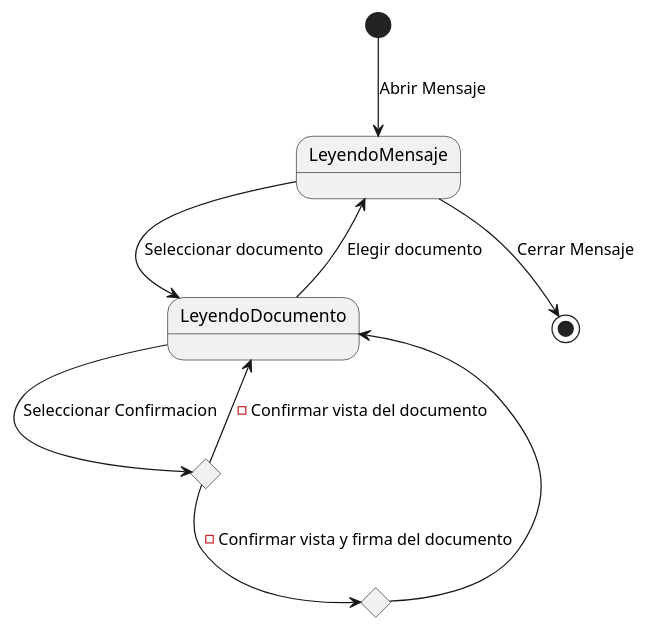
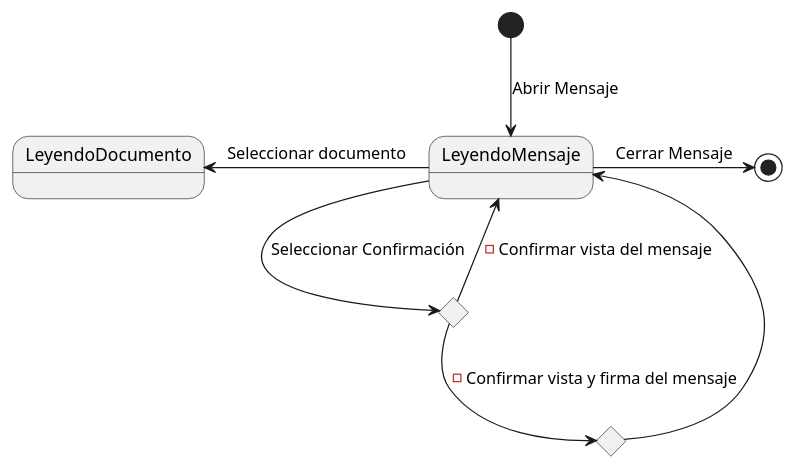
One commit to mmasias/24-25-IdSw1-SDR changed the diagram in docs/modeloDeDominio/diagramaDeEstados/PrimeraIteracion/diagramaDeEstadosReceptorIteracion1.puml. Above: the diagram before and after it, drawn with PlantUML. The commit also changed 6 other files, not shown here.

Commit message:
Actualizar diagramas de estados: corregir transiciones y agregar nuevo estado de envío

```diff
--- a/docs/modeloDeDominio/diagramaDeEstados/PrimeraIteracion/diagramaDeEstadosReceptorIteracion1.puml
+++ b/docs/modeloDeDominio/diagramaDeEstados/PrimeraIteracion/diagramaDeEstadosReceptorIteracion1.puml
@@ -1,20 +1,18 @@
 @startuml diagramaDeEstados
 
 [*] --> LeyendoMensaje: Abrir Mensaje
 
-LeyendoMensaje --> LeyendoDocumento: Seleccionar documento
+LeyendoMensaje -l-> LeyendoDocumento: Seleccionar documento
 
 
-state confirmandoDocumento <<choice>> 
-state firmandoDocumento <<choice>> 
-confirmandoDocumento --> LeyendoDocumento: - Confirmar vista del documento
-confirmandoDocumento --> firmandoDocumento: - Confirmar vista y firma del documento
-firmandoDocumento --> LeyendoDocumento
+state confirmandoMensaje <<choice>> 
+state firmandoMensaje <<choice>> 
+confirmandoMensaje --> LeyendoMensaje: - Confirmar vista del mensaje
+confirmandoMensaje --> firmandoMensaje: - Confirmar vista y firma del mensaje
+firmandoMensaje --> LeyendoMensaje
 
-LeyendoDocumento --> confirmandoDocumento : Seleccionar Confirmacion
+LeyendoMensaje --> confirmandoMensaje : Seleccionar Confirmación
 
-LeyendoDocumento --> LeyendoMensaje : Elegir documento
-
-LeyendoMensaje --> [*]: Cerrar Mensaje
+LeyendoMensaje -r-> [*]: Cerrar Mensaje
 
 @enduml
```
